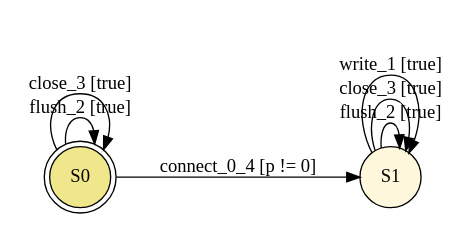
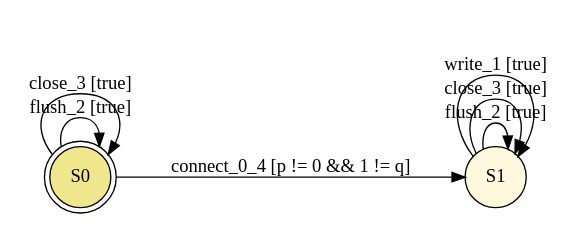
Before and after one commit to psycopaths/psyco: the diagram in src/examples/psyco/java/io/interface.dot, drawn with Graphviz. The commit also changed 3 other files, not shown here.

```diff
--- a/src/examples/psyco/java/io/interface.dot
+++ b/src/examples/psyco/java/io/interface.dot
@@ -1,11 +1,11 @@
 digraph finite_state_machine {
   rankdir = LR;
   node [shape = doublecircle, style = filled, fillcolor = khaki]; S0;
   node [shape = circle, style = filled, fillcolor = cornsilk1];
-  S0 -> S1 [ label = "connect_0_4 [p != 0]" ];
+  S0 -> S1 [ label = "connect_0_4 [p != 0 && 1 != q]" ];
   S0 -> S0 [ label = "flush_2 [true]" ];
   S0 -> S0 [ label = "close_3 [true]" ];
   S1 -> S1 [ label = "flush_2 [true]" ];
   S1 -> S1 [ label = "close_3 [true]" ];
   S1 -> S1 [ label = "write_1 [true]" ];
 }
```
